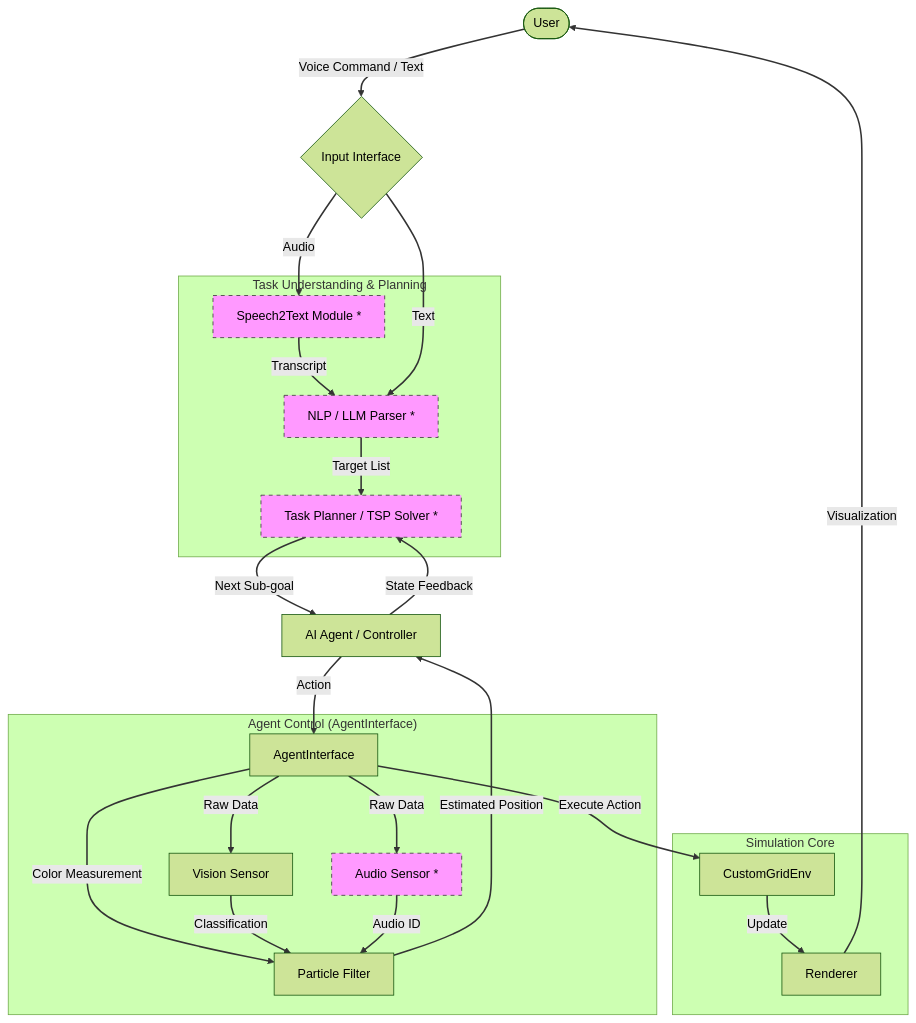
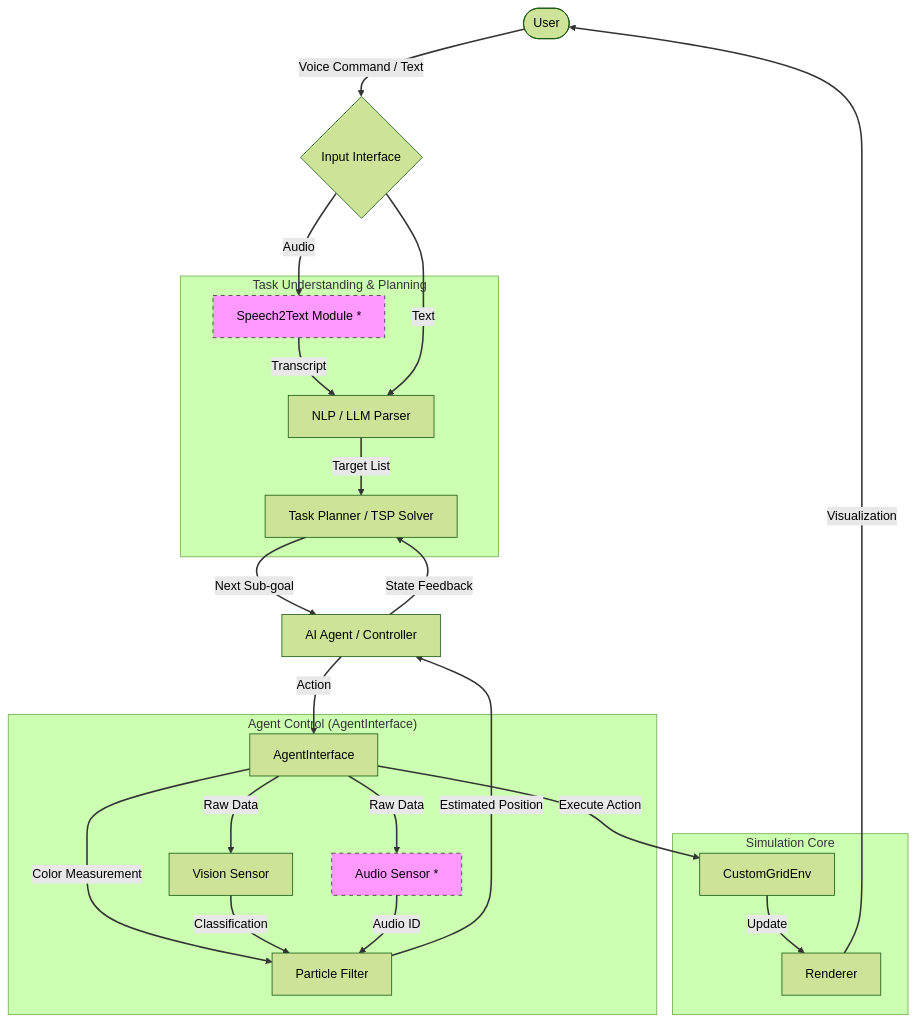
Before and after one commit to dgaida/adversarial2dEnvAI: the second of 4 diagrams in docs/en/architecture/index.md, drawn with Mermaid (forest theme). The commit also changed other lines of this file and 4 other files, not shown here.

````diff
--- a/docs/en/architecture/index.md
+++ b/docs/en/architecture/index.md
@@ -32,47 +32,47 @@
 ```mermaid
 graph TD
     %% Input Modules
     User([User]) -- "Voice Command / Text" --> Input{Input Interface}
 
     subgraph "Task Understanding & Planning"
-        S2T[Speech2Text Module *] -- "Transcript" --> NLP[NLP / LLM Parser *]
-        NLP -- "Target List" --> Planner[Task Planner / TSP Solver *]
+        S2T[Speech2Text Module *] -- "Transcript" --> NLP[NLP / LLM Parser]
+        NLP -- "Target List" --> Planner[Task Planner / TSP Solver]
     end
 
     Input -- "Audio" --> S2T
     Input -- "Text" --> NLP
 
     subgraph "Agent Control (AgentInterface)"
         AI[AgentInterface]
         PF[Particle Filter]
         Vision[Vision Sensor]
         Audio[Audio Sensor *]
     end
 
     Planner -- "Next Sub-goal" --> Agent[AI Agent / Controller]
 
     Agent -- "Action" --> AI
     AI -- "Raw Data" --> Vision
     AI -- "Raw Data" --> Audio
     AI -- "Color Measurement" --> PF
 
     Vision -- "Classification" --> PF
     Audio -- "Audio ID" --> PF
 
     PF -- "Estimated Position" --> Agent
     Agent -- "State Feedback" --> Planner
 
     subgraph "Simulation Core"
         Env[CustomGridEnv]
         Renderer[Renderer]
     end
 
     AI -- "Execute Action" --> Env
     Env -- "Update" --> Renderer
     Renderer -- "Visualization" --> User
 
     classDef future fill:#f9f,stroke:#333,stroke-dasharray: 5 5;
-    class S2T,NLP,Planner,Audio future;
+    class S2T,Audio future;
 
     linkStyle default stroke:#333,stroke-width:2px;
 ```
````
